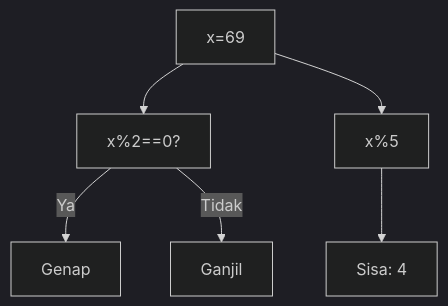
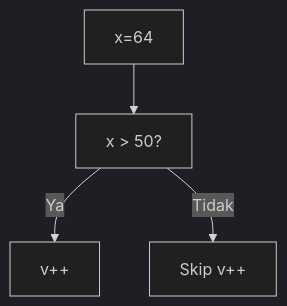
Before and after one commit to amnahwaida/OSNK_INF_PREP: diagram 19 of 25 in part-c-pemahaman-cpp/02-percabangan/latihan/set-05.md, drawn with Mermaid (dark theme). The commit also changed other lines of this file and 71 other files, not shown here.

````diff
--- a/part-c-pemahaman-cpp/02-percabangan/latihan/set-05.md
+++ b/part-c-pemahaman-cpp/02-percabangan/latihan/set-05.md
@@ -546,8 +529,6 @@
 ```mermaid
 graph TD
-A["x=69"] --> B["x%2==0?"]
-B -- Ya --> C["Genap"]
-B -- Tidak --> D["Ganjil"]
-A --> E["x%5"]
-E --> F["Sisa: 4"]
+A["x=64"] --> B["x > 50?"]
+B -- Ya --> C["v++"]
+B -- Tidak --> D["Skip v++"]
 ```
````
